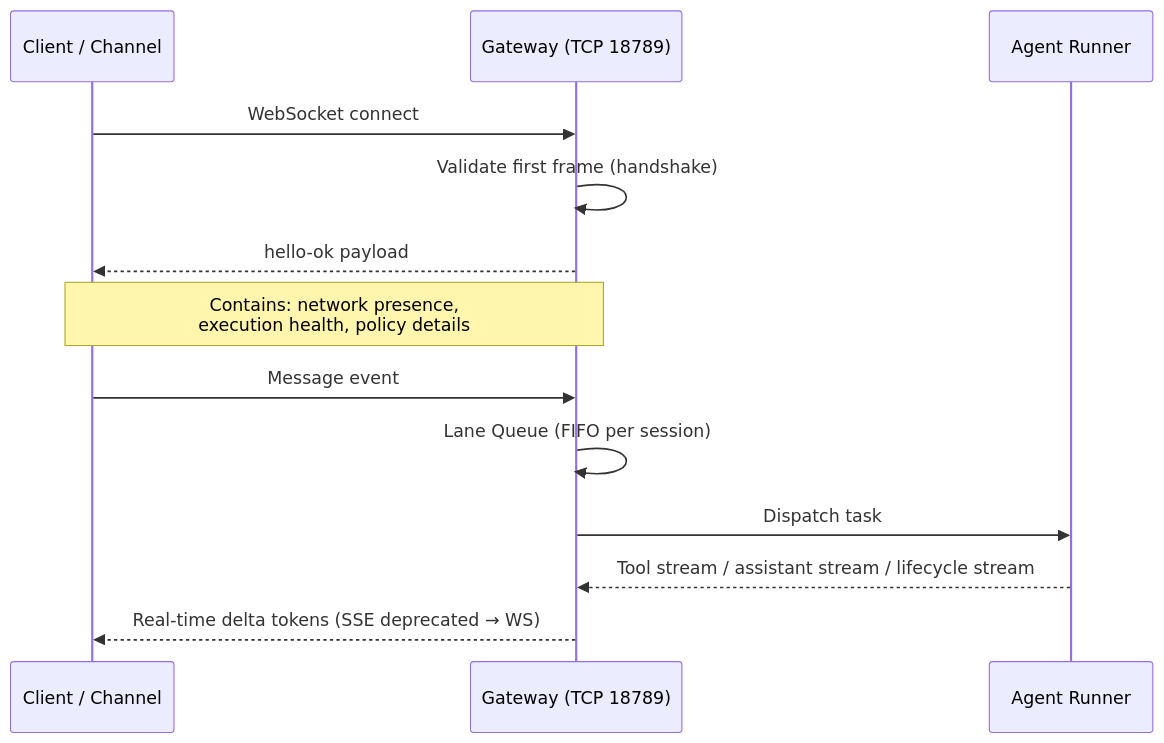
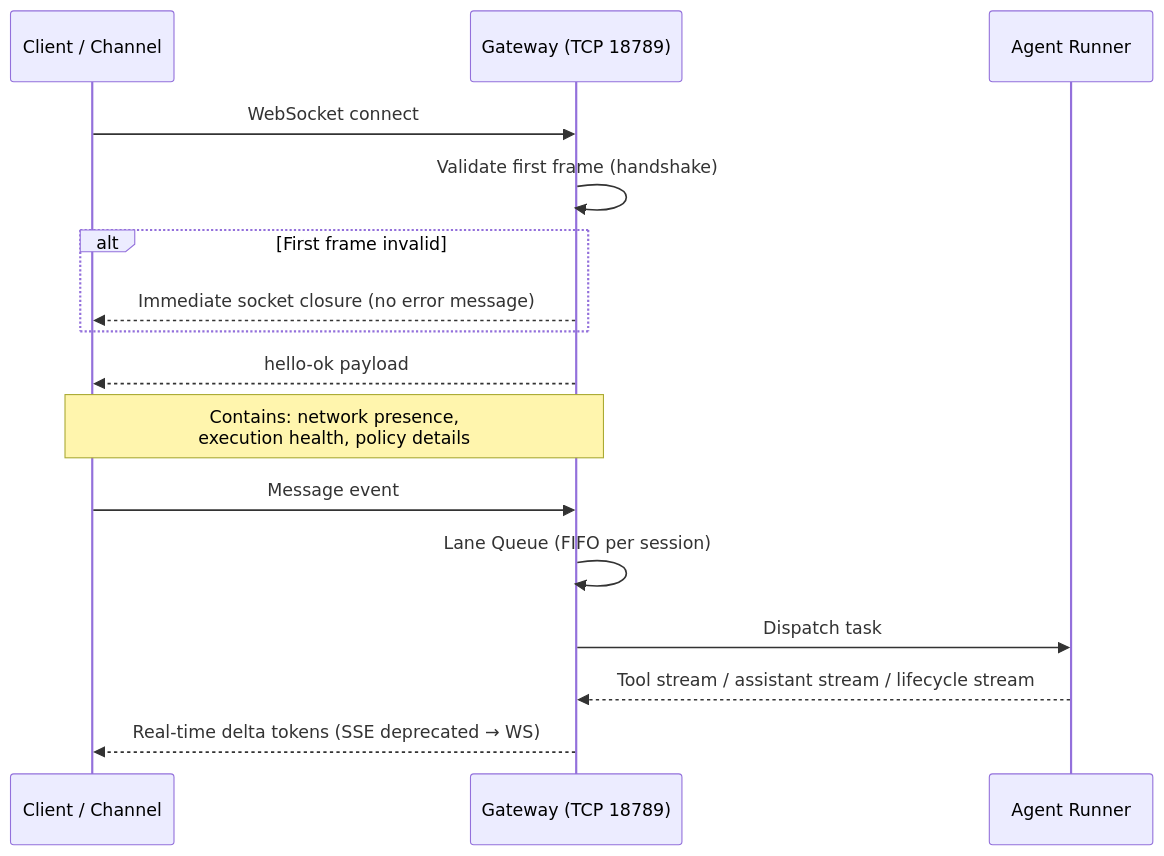
One commit to Plhys18/claw-comparison changed the seventh of 17 diagrams in report.md. Above: the diagram before and after it, drawn with Mermaid. The commit also changed other lines of this file and 18 other files, not shown here.

````diff
--- a/report.md
+++ b/report.md
@@ -198,17 +223,19 @@
 ```mermaid
 sequenceDiagram
     participant CLIENT as Client / Channel
     participant GW as Gateway (TCP 18789)
     participant AGENT as Agent Runner
 
     CLIENT->>GW: WebSocket connect
     GW->>GW: Validate first frame (handshake)
+    alt First frame invalid
+        GW-->>CLIENT: Immediate socket closure (no error message)
+    end
     GW-->>CLIENT: hello-ok payload
     Note over GW,CLIENT: Contains: network presence,<br/>execution health, policy details
-
     CLIENT->>GW: Message event
     GW->>GW: Lane Queue (FIFO per session)
     GW->>AGENT: Dispatch task
     AGENT-->>GW: Tool stream / assistant stream / lifecycle stream
     GW-->>CLIENT: Real-time delta tokens (SSE deprecated → WS)
 ```
````
